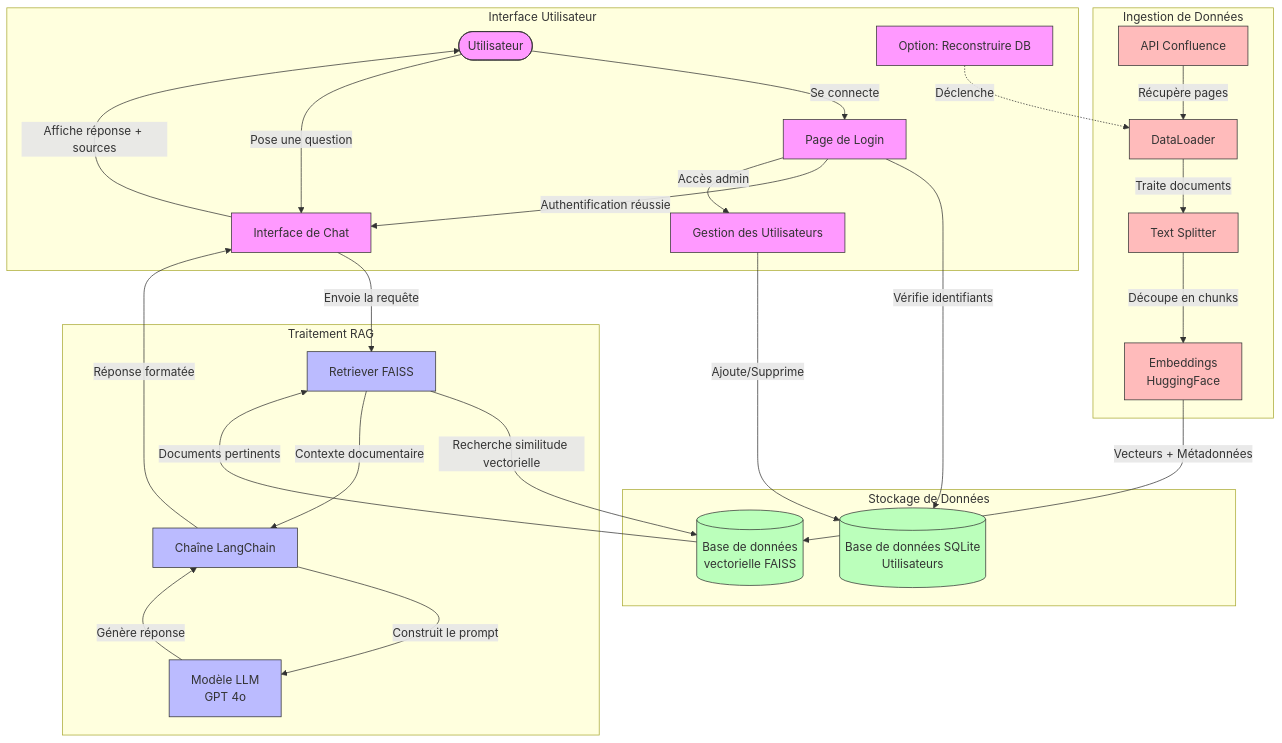
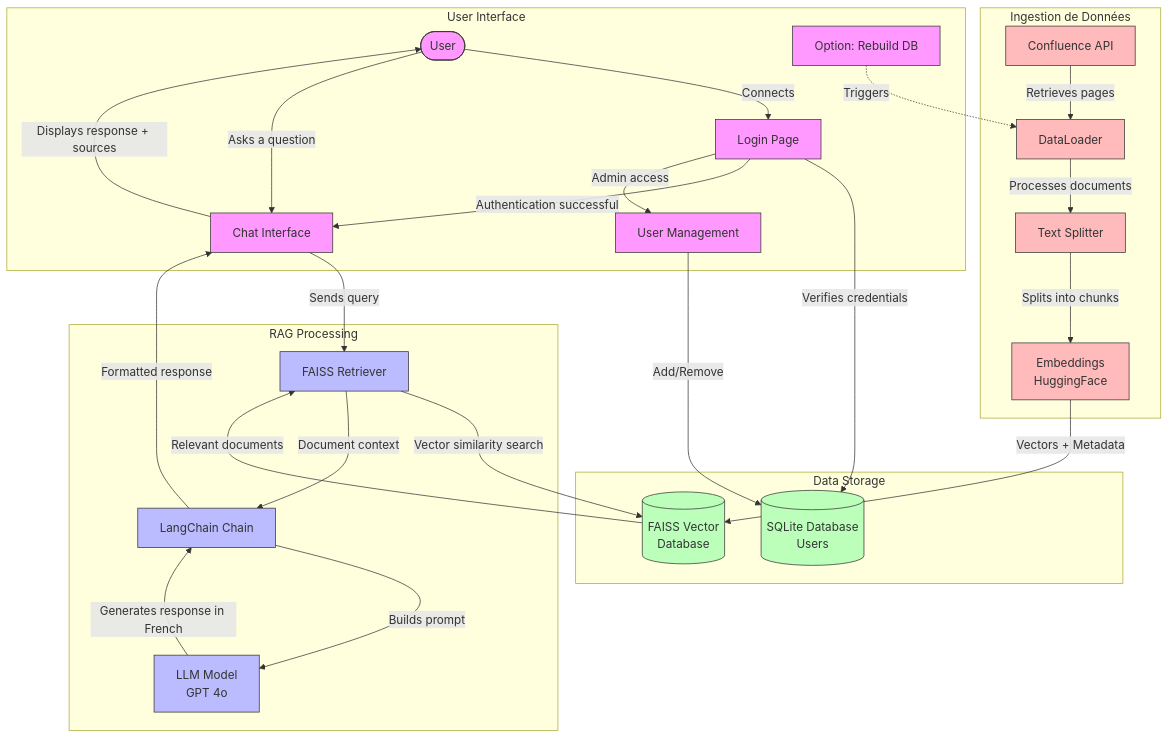
The diagram in flux_donnees.mmd (Isskar/Isschat), drawn with Mermaid before and after one commit. The commit also changed 15 other files, not shown here.

```diff
--- a/flux_donnees.mmd
+++ b/flux_donnees.mmd
@@ -1,71 +1,70 @@
 graph TD
-    %% Utilisateurs et Interface
-    User([Utilisateur]) -->|Se connecte| Login[Page de Login]
-    Login -->|Vérifie identifiants| AuthDB[(Base de données SQLite<br>Utilisateurs)]
-    Login -->|Authentification réussie| Chat[Interface de Chat]
-    Login -->|Accès admin| Admin[Gestion des Utilisateurs]
+    %% Users and Interface
+    User([User]) -->|Connects| Login[Login Page]
+    Login -->|Verifies credentials| AuthDB[(SQLite Database<br>Users)]
+    Login -->|Authentication successful| Chat[Chat Interface]
+    Login -->|Admin access| Admin[User Management]
     
-    %% Flux de la question
-    User -->|Pose une question| Chat
-    Chat -->|Envoie la requête| Retriever[Retriever FAISS]
+    %% Question Flow
+    User -->|Asks a question| Chat
+    Chat -->|Sends query| Retriever[FAISS Retriever]
     
-    %% Recherche de documents
-    Retriever -->|Recherche similitude vectorielle| VectorDB[(Base de données<br>vectorielle FAISS)]
-    VectorDB -->|Documents pertinents| Retriever
+    %% Document Search
+    Retriever -->|Vector similarity search| VectorDB[(FAISS Vector<br>Database)]
+    VectorDB -->|Relevant documents| Retriever
     
-    %% Génération de réponse
-    Retriever -->|Contexte documentaire| Chain[Chaîne LangChain]
-    Chain -->|Construit le prompt| LLM[Modèle LLM<br>GPT 4o]
-    LLM -->|Génère réponse| Chain
-    Chain -->|Réponse formatée| Chat
-    Chat -->|Affiche réponse + sources| User
+    %% Response Generation
+    Retriever -->|Document context| Chain[LangChain Chain]
+    Chain -->|Builds prompt| LLM[LLM Model<br>GPT 4o]
+    LLM -->|Generates response in French| Chain
+    Chain -->|Formatted response| Chat
+    Chat -->|Displays response + sources| User
     
-    %% Initialisation et mise à jour de la base
-    ConfluenceAPI[API Confluence] -->|Récupère pages| DataLoader[DataLoader]
-    DataLoader -->|Traite documents| TextSplitter[Text Splitter]
-    TextSplitter -->|Découpe en chunks| Embedder[Embeddings<br>HuggingFace]
-    Embedder -->|Vecteurs + Métadonnées| VectorDB
+    %% Database Initialization and Update
+    ConfluenceAPI[Confluence API] -->|Retrieves pages| DataLoader[DataLoader]
+    DataLoader -->|Processes documents| TextSplitter[Text Splitter]
+    TextSplitter -->|Splits into chunks| Embedder[Embeddings<br>HuggingFace]
+    Embedder -->|Vectors + Metadata| VectorDB
     
-    %% Gestion des utilisateurs
-    Admin -->|Ajoute/Supprime| AuthDB
+    %% User Management
+    Admin -->|Add/Remove| AuthDB
     
-    %% Options avancées
-    RebuildDB[Option: Reconstruire DB] -.->|Déclenche| DataLoader
+    %% Advanced Options
+    RebuildDB[Option: Rebuild DB] -.->|Triggers| DataLoader
     
-    %% Sous-graphes pour organiser
-    subgraph "Interface Utilisateur"
+    %% Subgraphs for organization
+    subgraph "User Interface"
         User
         Login
         Chat
         Admin
         RebuildDB
     end
     
-    subgraph "Traitement RAG"
+    subgraph "RAG Processing"
         Retriever
         Chain
         LLM
     end
     
-    subgraph "Stockage de Données"
+    subgraph "Data Storage"
         VectorDB
         AuthDB
     end
     
     subgraph "Ingestion de Données"
         ConfluenceAPI
         DataLoader
         TextSplitter
         Embedder
     end
     
-    %% Styles pour une meilleure lisibilité
     classDef interface fill:#f9f,stroke:#333,stroke-width:1px
     classDef processing fill:#bbf,stroke:#333,stroke-width:1px
     classDef storage fill:#bfb,stroke:#333,stroke-width:1px
     classDef ingestion fill:#fbb,stroke:#333,stroke-width:1px
     
     class User,Login,Chat,Admin,RebuildDB interface
     class Retriever,Chain,LLM processing
     class VectorDB,AuthDB storage
     class ConfluenceAPI,DataLoader,TextSplitter,Embedder ingestion
```
